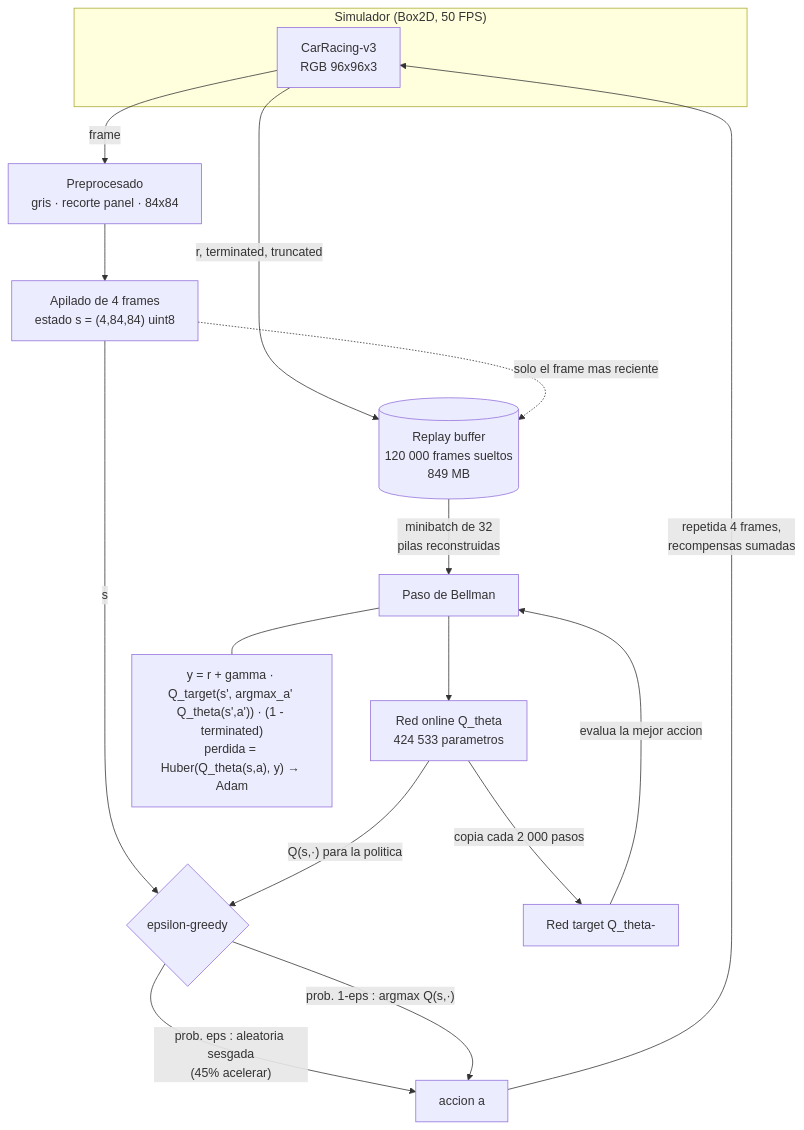
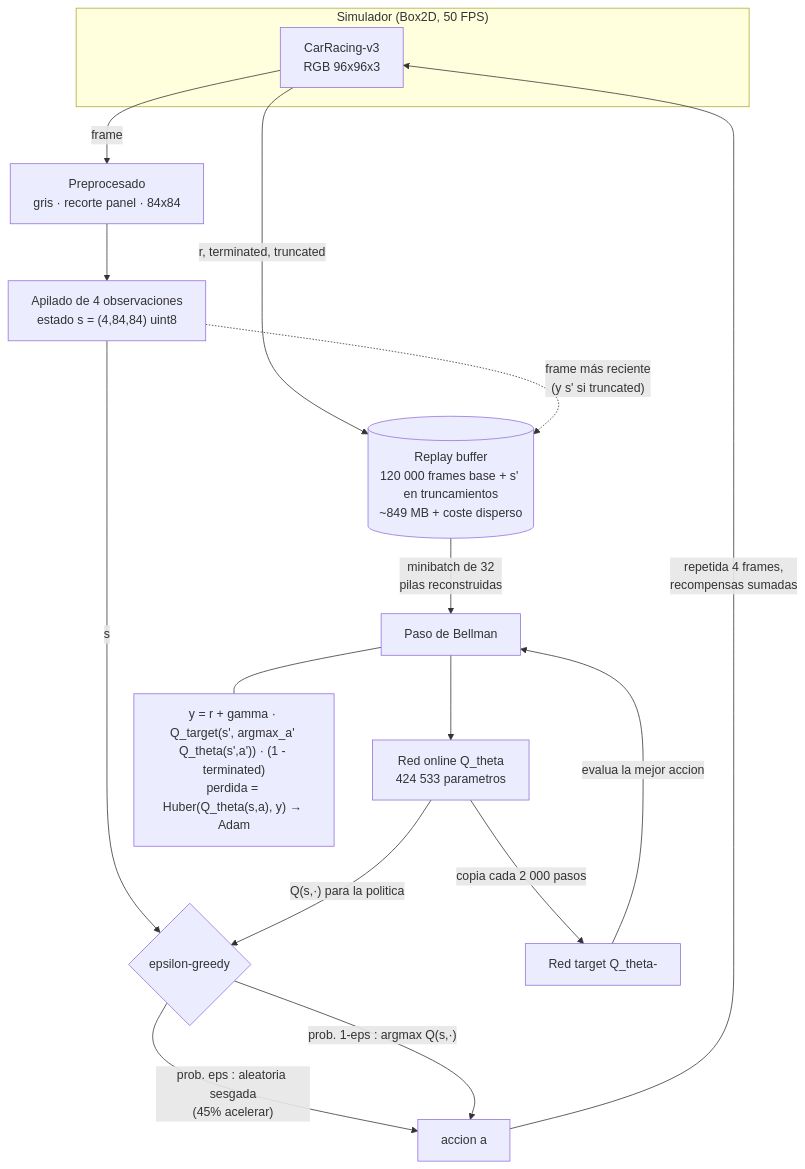
The diagram in README.md (witorres08/Unisabana_EFMIA-SAPR20265_U03T02), drawn with Mermaid before and after one commit. The commit also changed other lines of this file and 32 other files, not shown here.

````diff
--- a/README.md
+++ b/README.md
@@ -115,23 +117,23 @@
 ```mermaid
 flowchart TB
     subgraph SIM["Simulador (Box2D, 50 FPS)"]
         ENV["CarRacing-v3<br/>RGB 96x96x3"]
     end
 
     ENV -->|frame| PRE["Preprocesado<br/>gris · recorte panel · 84x84"]
-    PRE --> STACK["Apilado de 4 frames<br/>estado s = (4,84,84) uint8"]
+    PRE --> STACK["Apilado de 4 observaciones<br/>estado s = (4,84,84) uint8"]
     STACK -->|s| POL{"epsilon-greedy"}
     POL -->|"prob. eps : aleatoria sesgada<br/>(45% acelerar)"| ACT["accion a"]
     POL -->|"prob. 1-eps : argmax Q(s,·)"| ACT
     ACT -->|"repetida 4 frames,<br/>recompensas sumadas"| ENV
-    ENV -->|"r, terminated, truncated"| BUF[("Replay buffer<br/>120 000 frames sueltos<br/>849 MB")]
-    STACK -.->|"solo el frame mas reciente"| BUF
+    ENV -->|"r, terminated, truncated"| BUF[("Replay buffer<br/>120 000 frames base + s' en truncamientos<br/>~849 MB + coste disperso")]
+    STACK -.->|"frame más reciente<br/>(y s' si truncated)"| BUF
 
     BUF -->|"minibatch de 32<br/>pilas reconstruidas"| LEARN["Paso de Bellman"]
     LEARN --> QNET["Red online Q_theta<br/>424 533 parametros"]
     QNET -->|"copia cada 2 000 pasos"| TGT["Red target Q_theta-"]
     TGT -->|"evalua la mejor accion"| LEARN
     QNET -->|"Q(s,·) para la politica"| POL
 
     LEARN --- FORMULA["y = r + gamma · Q_target(s', argmax_a' Q_theta(s',a')) · (1 - terminated)<br/>perdida = Huber(Q_theta(s,a), y) → Adam"]
 ```
````
